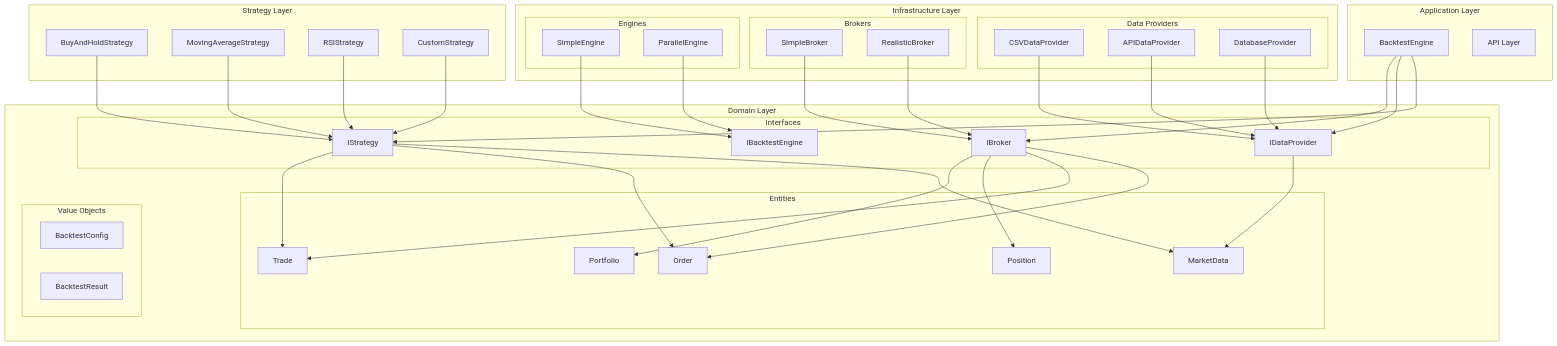
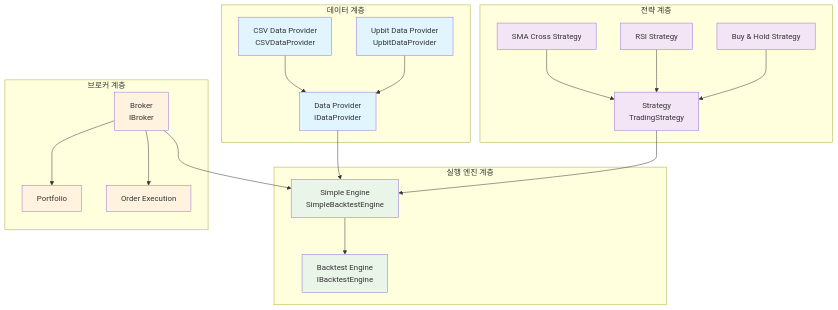
The first of 3 diagrams in README.md (Lazydok/quantbt), drawn with Mermaid before and after one commit. The commit also changed other lines of this file and 26 other files, not shown here.

````diff
--- a/README.md
+++ b/README.md
@@ -20,84 +21,48 @@
 ```mermaid
 graph TB
-    subgraph "Application Layer"
-        BTE[BacktestEngine]
-        API[API Layer]
+    subgraph "데이터 계층"
+        DP[Data Provider<br/>IDataProvider]
+        CSV[CSV Data Provider<br/>CSVDataProvider]
+        UB[Upbit Data Provider<br/>UpbitDataProvider]
+        CSV --> DP
+        UB --> DP
     end
     
-    subgraph "Domain Layer"
-        subgraph "Entities"
-            MD[MarketData]
-            O[Order]
-            P[Position]
-            T[Trade]
-            PF[Portfolio]
-        end
-        
-        subgraph "Interfaces"
-            IS[IStrategy]
-            IDP[IDataProvider]
-            IB[IBroker]
-            IBE[IBacktestEngine]
-        end
-        
-        subgraph "Value Objects"
-            BC[BacktestConfig]
-            BR[BacktestResult]
-        end
+    subgraph "전략 계층"
+        ST[Strategy<br/>TradingStrategy]
+        SMA[SMA Cross Strategy]
+        RSI[RSI Strategy]
+        BH[Buy & Hold Strategy]
+        SMA --> ST
+        RSI --> ST
+        BH --> ST
     end
     
-    subgraph "Infrastructure Layer"
-        subgraph "Data Providers"
-            CSV[CSVDataProvider]
-            API_DP[APIDataProvider]
-            DB[DatabaseProvider]
-        end
-        
-        subgraph "Brokers"
-            SB[SimpleBroker]
-            RB[RealisticBroker]
-        end
-        
-        subgraph "Engines"
-            SE[SimpleEngine]
-            PE[ParallelEngine]
-        end
+    subgraph "실행 엔진 계층"
+        BE[Backtest Engine<br/>IBacktestEngine]
+        SE[Simple Engine<br/>SimpleBacktestEngine]
+        SE --> BE
     end
     
-    subgraph "Strategy Layer"
-        BAH[BuyAndHoldStrategy]
-        MA[MovingAverageStrategy]
-        RSI[RSIStrategy]
-        CS[CustomStrategy]
+    subgraph "브로커 계층"
+        BR[Broker<br/>IBroker]
+        PT[Portfolio]
+        OR[Order Execution]
+        BR --> PT
+        BR --> OR
     end
     
-    %% Dependencies
-    BTE --> IS
-    BTE --> IDP
-    BTE --> IB
+    DP --> SE
+    ST --> SE
+    BR --> SE
     
-    IS --> MD
-    IS --> O
-    IS --> T
+    classDef dataClass fill:#e1f5fe
+    classDef strategyClass fill:#f3e5f5
+    classDef engineClass fill:#e8f5e8
+    classDef brokerClass fill:#fff3e0
     
-    IDP --> MD
-    IB --> O
-    IB --> T
-    IB --> P
-    IB --> PF
-    
-    CSV --> IDP
-    API_DP --> IDP
-    DB --> IDP
-    
-    SB --> IB
-    RB --> IB
-    
-    SE --> IBE
-    PE --> IBE
-    
-    BAH --> IS
-    MA --> IS
-    RSI --> IS
-    CS --> IS
+    class DP,CSV,UB dataClass
+    class ST,SMA,RSI,BH strategyClass
+    class BE,SE engineClass
+    class BR,PT,OR brokerClass
 ```
````
